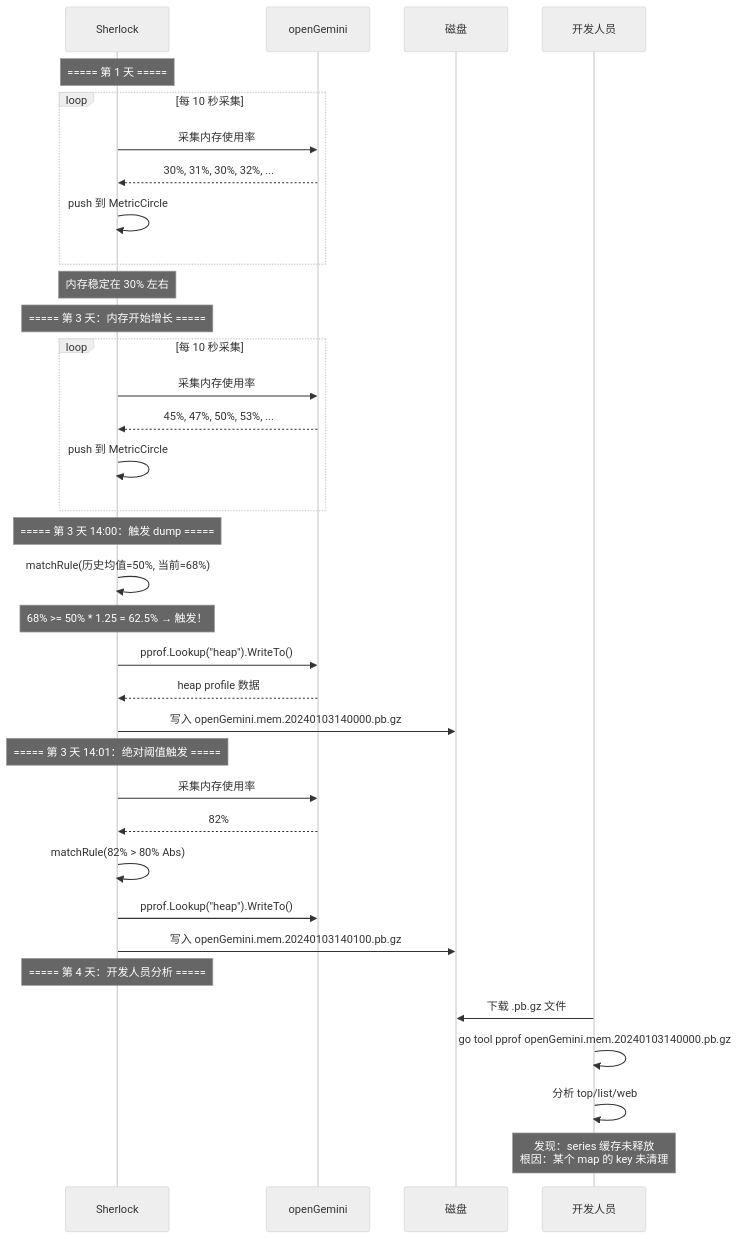
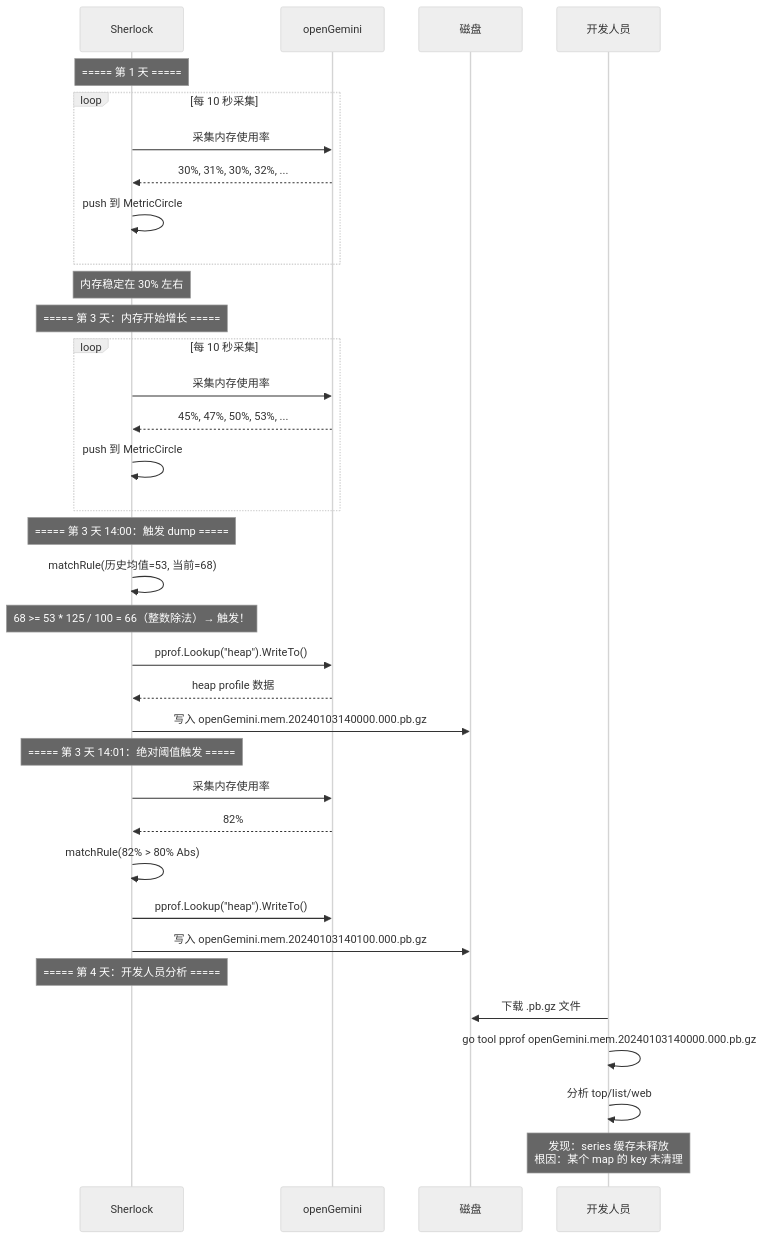
The eighth of 8 diagrams in docs/specs/37_sherlock_profiler_spec.md (stefanv5/openGemini), drawn with Mermaid (neutral theme) before and after one commit. The commit also changed other lines of this file and 37 other files, not shown here.

````diff
--- a/docs/specs/37_sherlock_profiler_spec.md
+++ b/docs/specs/37_sherlock_profiler_spec.md
@@ -969,42 +1034,42 @@
 ```mermaid
 sequenceDiagram
     participant Sherlock as Sherlock
     participant App as openGemini
     participant Disk as 磁盘
     participant Dev as 开发人员
 
     Note over Sherlock: ===== 第 1 天 =====
     loop 每 10 秒采集
         Sherlock->>App: 采集内存使用率
         App-->>Sherlock: 30%, 31%, 30%, 32%, ...
         Sherlock->>Sherlock: push 到 MetricCircle
     end
     Note over Sherlock: 内存稳定在 30% 左右
 
     Note over Sherlock: ===== 第 3 天：内存开始增长 =====
     loop 每 10 秒采集
         Sherlock->>App: 采集内存使用率
         App-->>Sherlock: 45%, 47%, 50%, 53%, ...
         Sherlock->>Sherlock: push 到 MetricCircle
     end
 
     Note over Sherlock: ===== 第 3 天 14:00：触发 dump =====
-    Sherlock->>Sherlock: matchRule(历史均值=50%, 当前=68%)
-    Note over Sherlock: 68% >= 50% * 1.25 = 62.5% → 触发！
+    Sherlock->>Sherlock: matchRule(历史均值=53, 当前=68)
+    Note over Sherlock: 68 >= 53 * 125 / 100 = 66（整数除法）→ 触发！
     Sherlock->>App: pprof.Lookup("heap").WriteTo()
     App-->>Sherlock: heap profile 数据
-    Sherlock->>Disk: 写入 openGemini.mem.20240103140000.pb.gz
+    Sherlock->>Disk: 写入 openGemini.mem.20240103140000.000.pb.gz
 
     Note over Sherlock: ===== 第 3 天 14:01：绝对阈值触发 =====
     Sherlock->>App: 采集内存使用率
     App-->>Sherlock: 82%
     Sherlock->>Sherlock: matchRule(82% > 80% Abs)
     Sherlock->>App: pprof.Lookup("heap").WriteTo()
-    Sherlock->>Disk: 写入 openGemini.mem.20240103140100.pb.gz
+    Sherlock->>Disk: 写入 openGemini.mem.20240103140100.000.pb.gz
 
     Note over Sherlock: ===== 第 4 天：开发人员分析 =====
     Dev->>Disk: 下载 .pb.gz 文件
-    Dev->>Dev: go tool pprof openGemini.mem.20240103140000.pb.gz
+    Dev->>Dev: go tool pprof openGemini.mem.20240103140000.000.pb.gz
     Dev->>Dev: 分析 top/list/web
     Note over Dev: 发现：series 缓存未释放<br/>根因：某个 map 的 key 未清理
 ```
````
